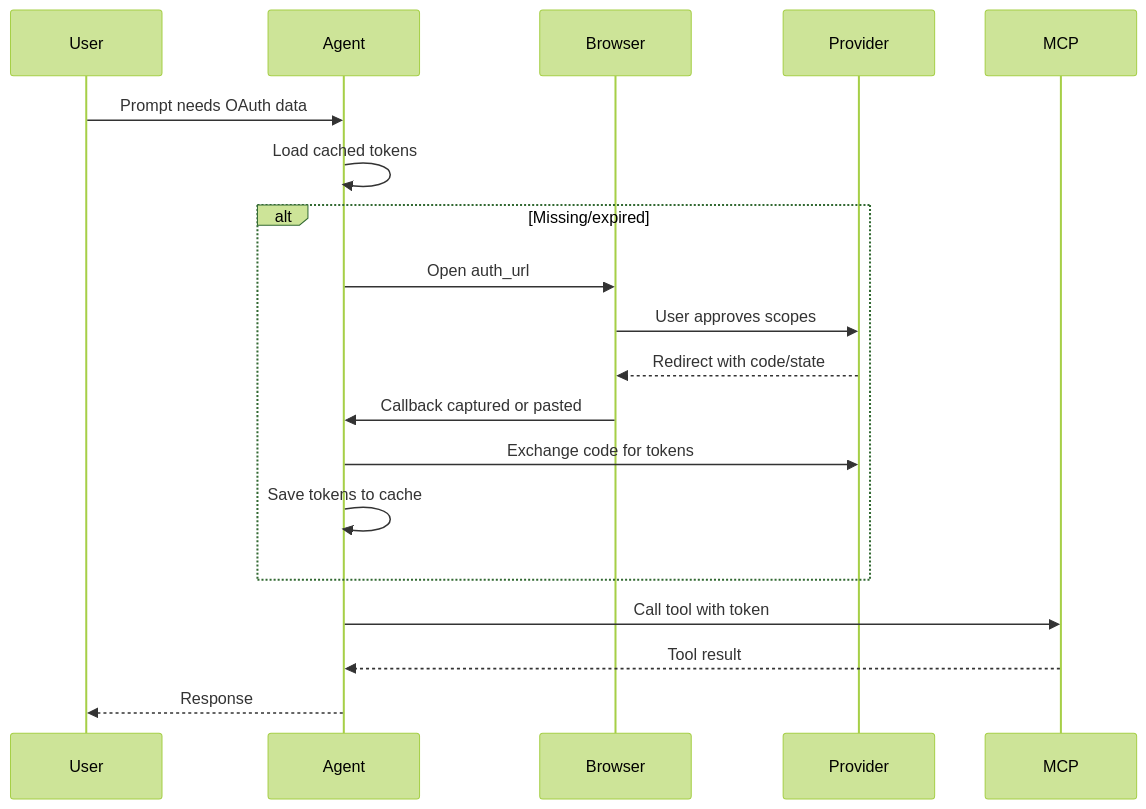
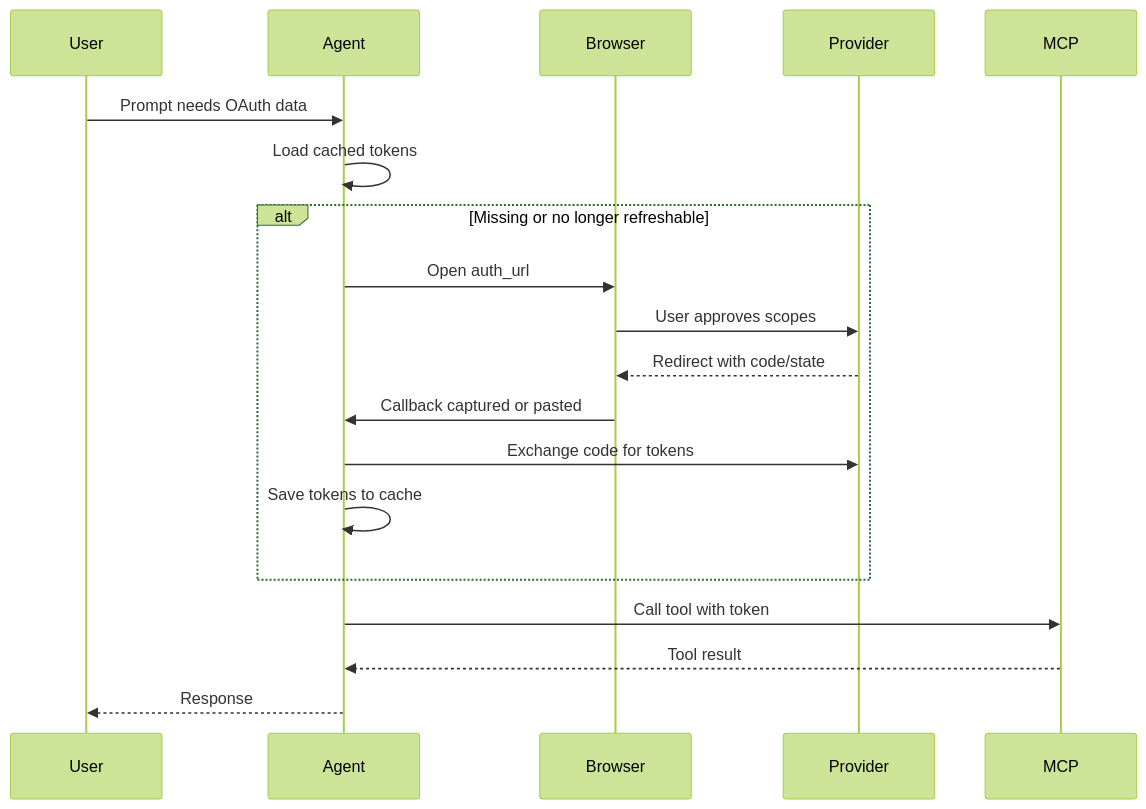
The diagram in docs/core-framework/tools/mcp-oauth.mdx (VRSEN/agency-swarm), drawn with Mermaid (forest theme) before and after one commit. The commit also changed other lines of this file and 16 other files, not shown here.

````diff
--- a/docs/core-framework/tools/mcp-oauth.mdx
+++ b/docs/core-framework/tools/mcp-oauth.mdx
@@ -93,22 +93,22 @@
 ```mermaid
 sequenceDiagram
     participant User
     participant Agent
     participant Browser
     participant Provider
     participant MCP
 
     User->>Agent: Prompt needs OAuth data
     Agent->>Agent: Load cached tokens
-    alt Missing/expired
+    alt Missing or no longer refreshable
         Agent->>Browser: Open auth_url
         Browser->>Provider: User approves scopes
         Provider-->>Browser: Redirect with code/state
         Browser->>Agent: Callback captured or pasted
         Agent->>Provider: Exchange code for tokens
         Agent->>Agent: Save tokens to cache
     end
     Agent->>MCP: Call tool with token
     MCP-->>Agent: Tool result
     Agent-->>User: Response
 ```
````
